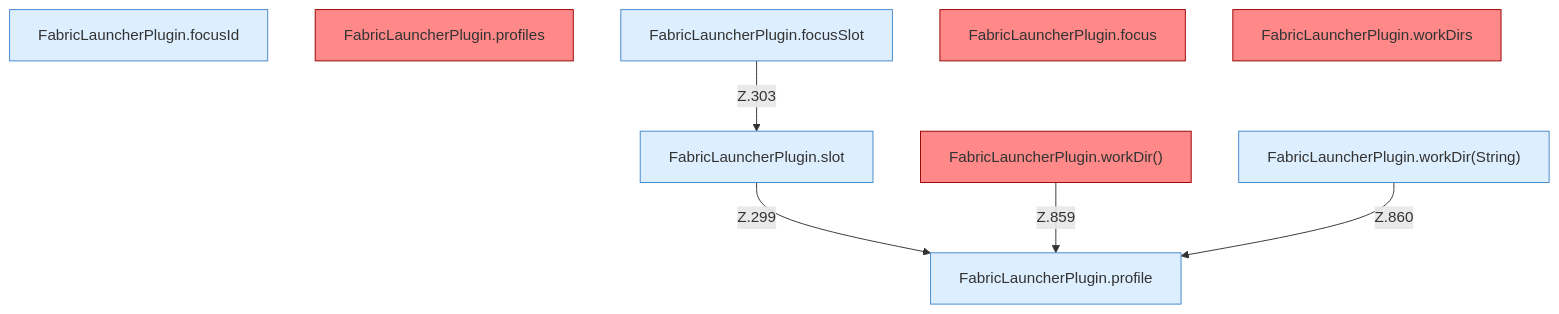
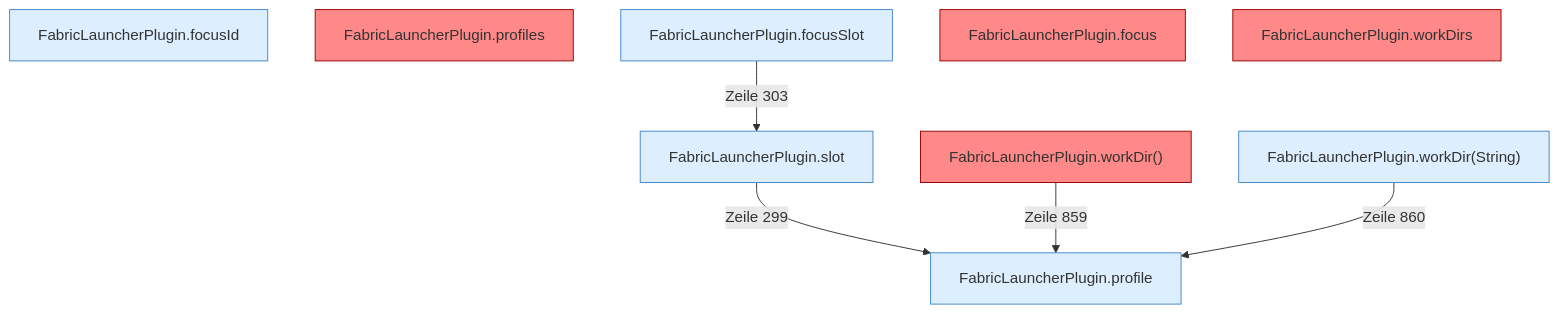
Before and after one commit to PrinceDiamant/minecraft-serverhoster-plugin: the diagram in Fokus.md, drawn with Mermaid. The commit also changed other lines of this file and 2005 other files, not shown here.

````diff
--- a/Fokus.md
+++ b/Fokus.md
@@ -5,22 +5,22 @@
 ```mermaid
 flowchart TD
   n1["FabricLauncherPlugin.focusId"]:::internal-link
   n2["FabricLauncherPlugin.profiles"]:::internal-link
   n3["FabricLauncherPlugin.profile"]:::internal-link
   n4["FabricLauncherPlugin.slot"]:::internal-link
   n5["FabricLauncherPlugin.focusSlot"]:::internal-link
   n6["FabricLauncherPlugin.focus"]:::internal-link
   n7["FabricLauncherPlugin.workDir()"]:::internal-link
   n8["FabricLauncherPlugin.workDir(String)"]:::internal-link
   n9["FabricLauncherPlugin.workDirs"]:::internal-link
-  n4 -->|"Z.299"| n3
-  n5 -->|"Z.303"| n4
-  n7 -->|"Z.859"| n3
-  n8 -->|"Z.860"| n3
+  n4 -->|"Zeile 299"| n3
+  n5 -->|"Zeile 303"| n4
+  n7 -->|"Zeile 859"| n3
+  n8 -->|"Zeile 860"| n3
   classDef internal-link fill:#ddeeff,stroke:#4488cc
   classDef befund fill:#f88
   style n2 fill:#f88,stroke:#900
   style n6 fill:#f88,stroke:#900
   style n7 fill:#f88,stroke:#900
   style n9 fill:#f88,stroke:#900
 ```
````
